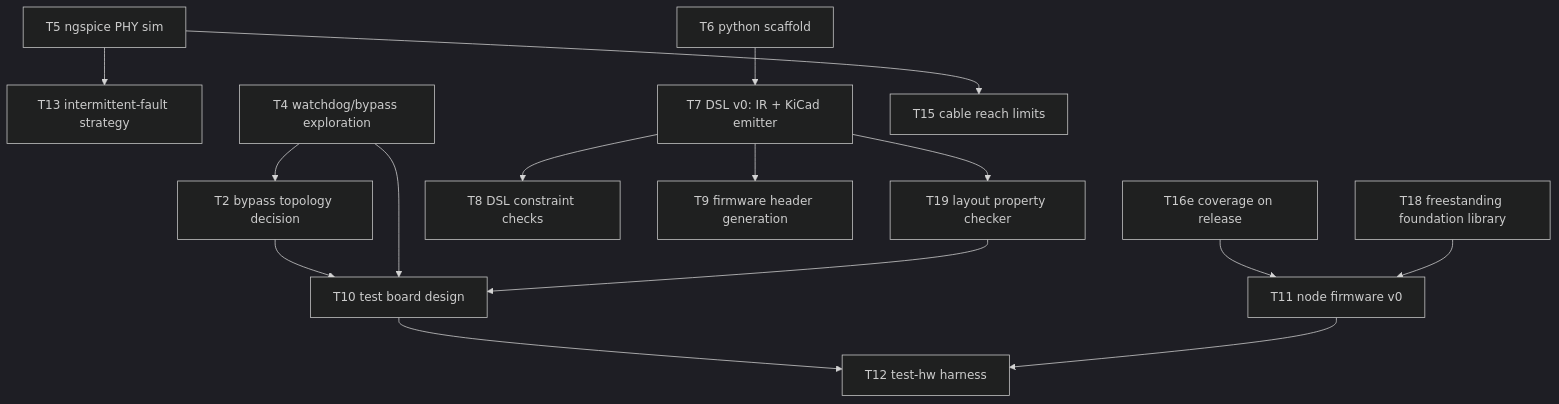
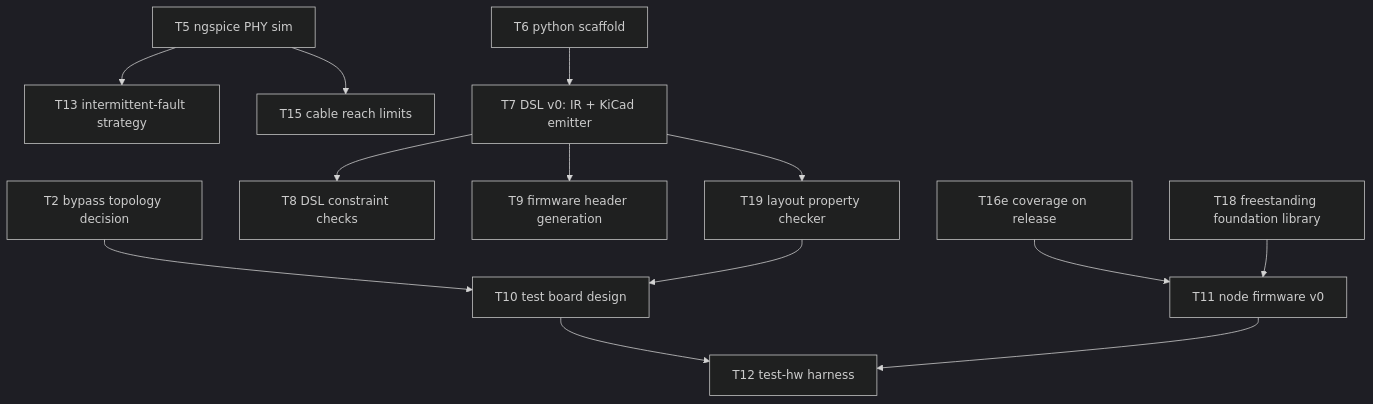
One commit to kristofferkoch/oparroy changed the diagram in KANBAN.md. Above: the diagram before and after it, drawn with Mermaid (dark theme). The commit also changed other lines of this file and 16 other files, not shown here.

````diff
--- a/KANBAN.md
+++ b/KANBAN.md
@@ -34,17 +34,15 @@
 ```mermaid
 graph TD
     T5[T5 ngspice PHY sim] --> T13[T13 intermittent-fault strategy]
-    T4[T4 watchdog/bypass exploration] --> T2[T2 bypass topology decision]
-    T2 --> T10[T10 test board design]
-    T4 --> T10
+    T2[T2 bypass topology decision] --> T10[T10 test board design]
     T19 --> T10
     T6[T6 python scaffold] --> T7[T7 DSL v0: IR + KiCad emitter]
     T7 --> T8[T8 DSL constraint checks]
     T7 --> T9[T9 firmware header generation]
     T7 --> T19[T19 layout property checker]
     T10 --> T12[T12 test-hw harness]
     T11 --> T12
     T5 --> T15[T15 cable reach limits]
     T16e[T16e coverage on release] --> T11[T11 node firmware v0]
     T18[T18 freestanding foundation library] --> T11
 ```
````
